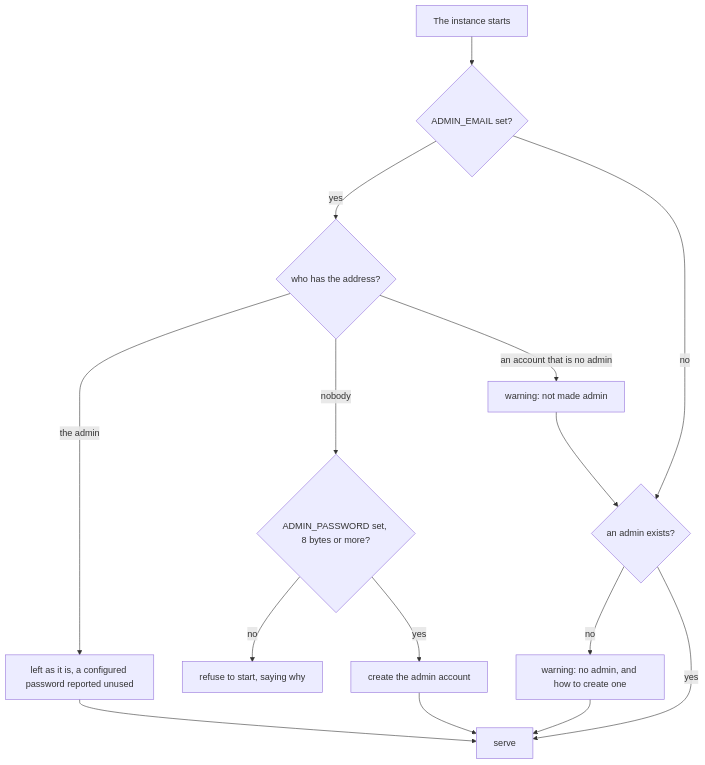
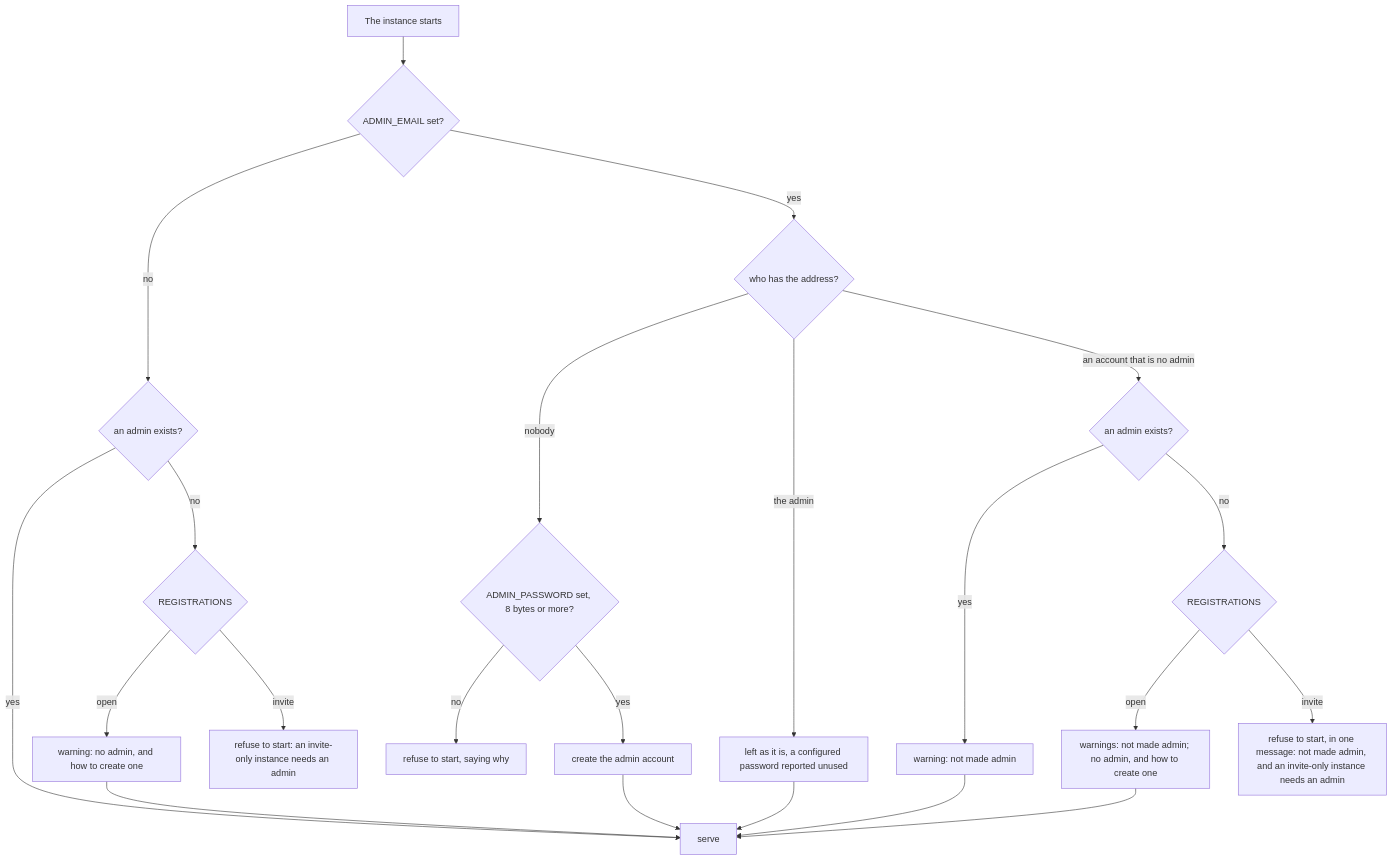
The seventh of 11 diagrams in identity-provider/specs/auth.md (Pina-i/pinai), drawn with Mermaid before and after one commit. The commit also changed other lines of this file and 43 other files, not shown here.

````diff
--- a/identity-provider/specs/auth.md
+++ b/identity-provider/specs/auth.md
@@ -879,13 +882,19 @@
 ```mermaid
 flowchart TD
     S[The instance starts] --> E{ADMIN_EMAIL set?}
     E -- no --> A{an admin exists?}
     A -- yes --> OK[serve]
-    A -- no --> W[warning: no admin, and how to create one] --> OK
+    A -- no --> G{REGISTRATIONS}
+    G -- open --> W[warning: no admin, and how to create one] --> OK
+    G -- invite --> Y[refuse to start: an invite-only instance needs an admin]
     E -- yes --> F{who has the address?}
     F -- nobody --> P{ADMIN_PASSWORD set, 8 bytes or more?}
     P -- no --> X[refuse to start, saying why]
     P -- yes --> C[create the admin account] --> OK
     F -- the admin --> R["left as it is, a configured password reported unused"] --> OK
-    F -- an account that is no admin --> N[warning: not made admin] --> A
+    F -- an account that is no admin --> M{an admin exists?}
+    M -- yes --> N[warning: not made admin] --> OK
+    M -- no --> K{REGISTRATIONS}
+    K -- open --> N2[warnings: not made admin; no admin, and how to create one] --> OK
+    K -- invite --> Y2["refuse to start, in one message: not made admin, and an invite-only instance needs an admin"]
 ```
````
